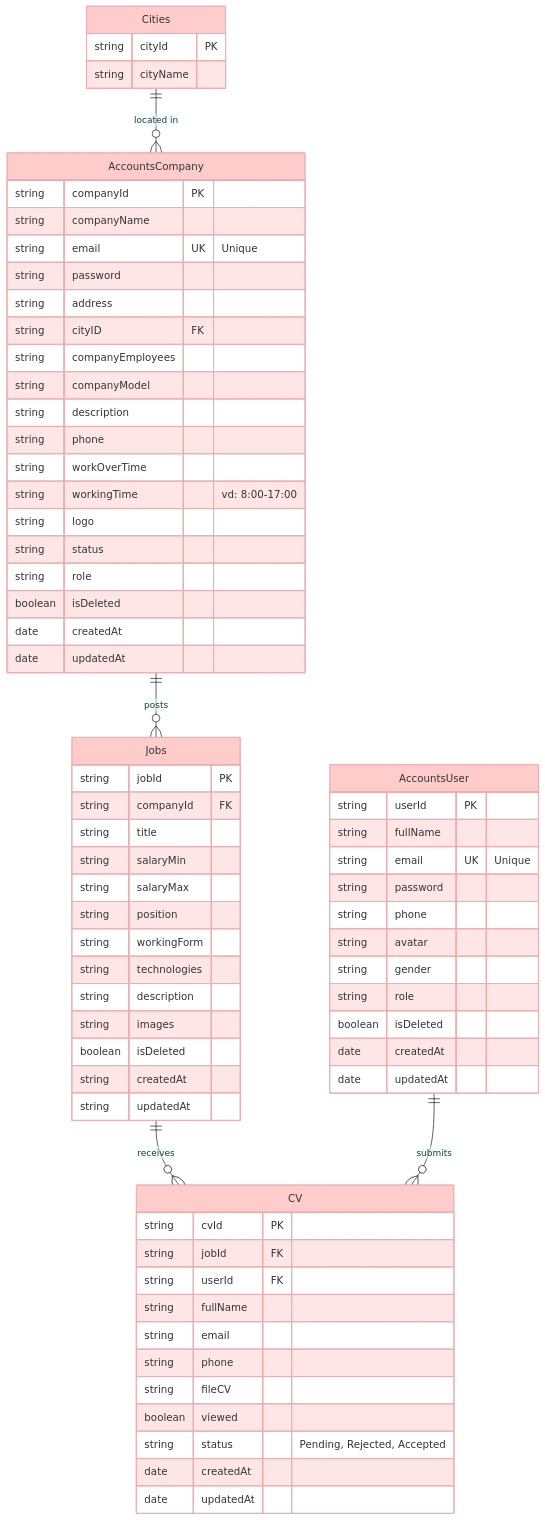
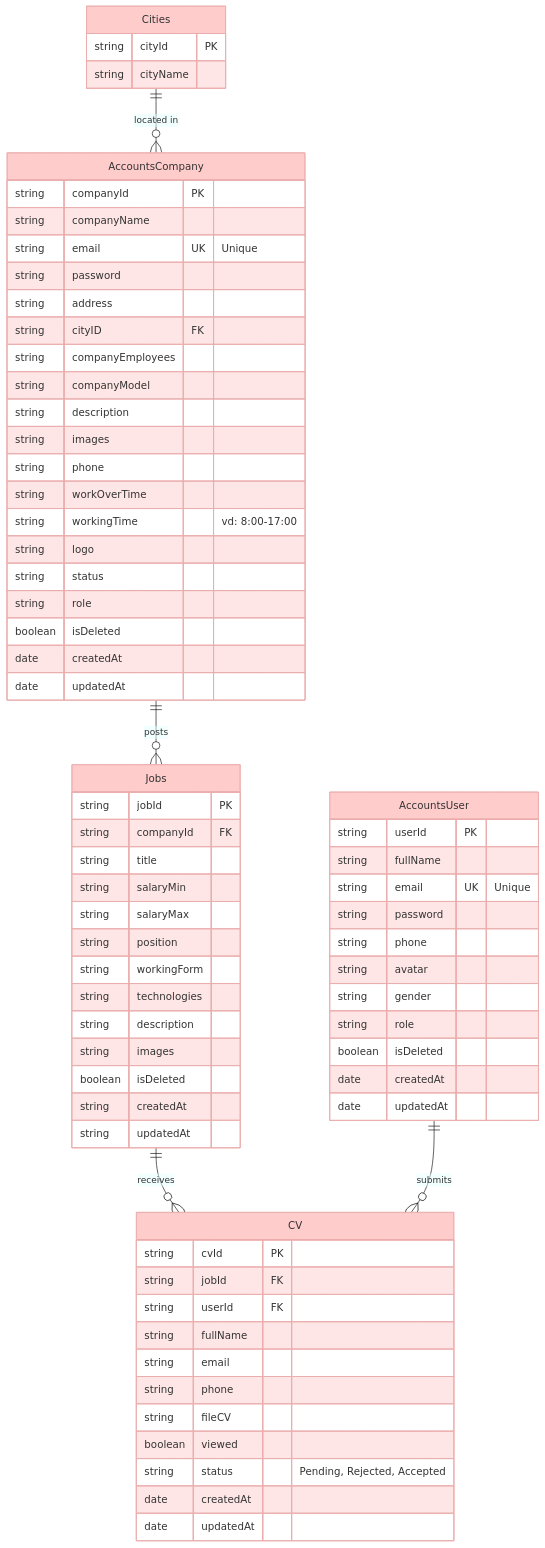
The diagram in docs/db-des/erd.md (ngokwuan/TechJob_BE), drawn with Mermaid before and after one commit. The commit also changed 7 other files, not shown here.

````diff
--- a/docs/db-des/erd.md
+++ b/docs/db-des/erd.md
@@ -1,78 +1,79 @@
 ```mermaid
 %%{init: {'theme':'base', 'themeVariables': { 'primaryColor':'#ffcccc'}, 'er': {'layoutDirection': 'LR'}}}%%
 erDiagram
     Cities ||--o{ AccountsCompany : "located in"
     AccountsCompany ||--o{ Jobs : "posts"
     Jobs ||--o{ CV : "receives"
 AccountsUser ||--o{ CV : "submits"
     AccountsCompany {
        string companyId PK
        string companyName
        string email UK "Unique"
        string password
        string address
        string cityID FK
        string companyEmployees
        string companyModel
        string description
+       string images
        string phone
        string workOverTime
        string workingTime "vd: 8:00-17:00"
        string logo
        string status
        string role
         boolean isDeleted
         date createdAt
         date updatedAt
     }
 
     AccountsUser {
        string userId PK
        string fullName
        string email UK "Unique"
        string password
        string phone
        string avatar
        string gender
        string role
         boolean isDeleted
         date createdAt
         date updatedAt
     }
 
     Cities {
        string cityId PK
        string cityName
     }
 
     Jobs {
        string jobId PK
        string companyId FK
        string title
        string salaryMin
        string salaryMax
        string position
        string workingForm
        string technologies
        string description
        string images
       boolean isDeleted
        string createdAt
        string updatedAt
     }
 
     CV {
        string cvId PK
        string jobId FK
        string userId FK
        string fullName
        string email
        string phone
        string fileCV
       boolean viewed
        string status "Pending, Rejected, Accepted"
          date createdAt
          date updatedAt
     }
 
 ```
````
